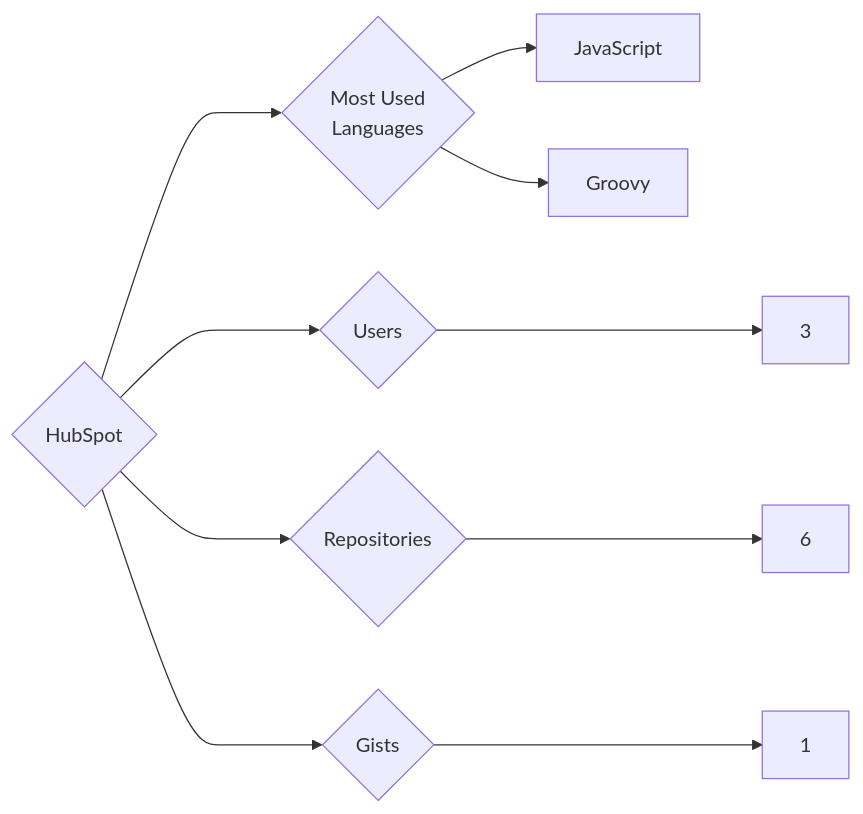
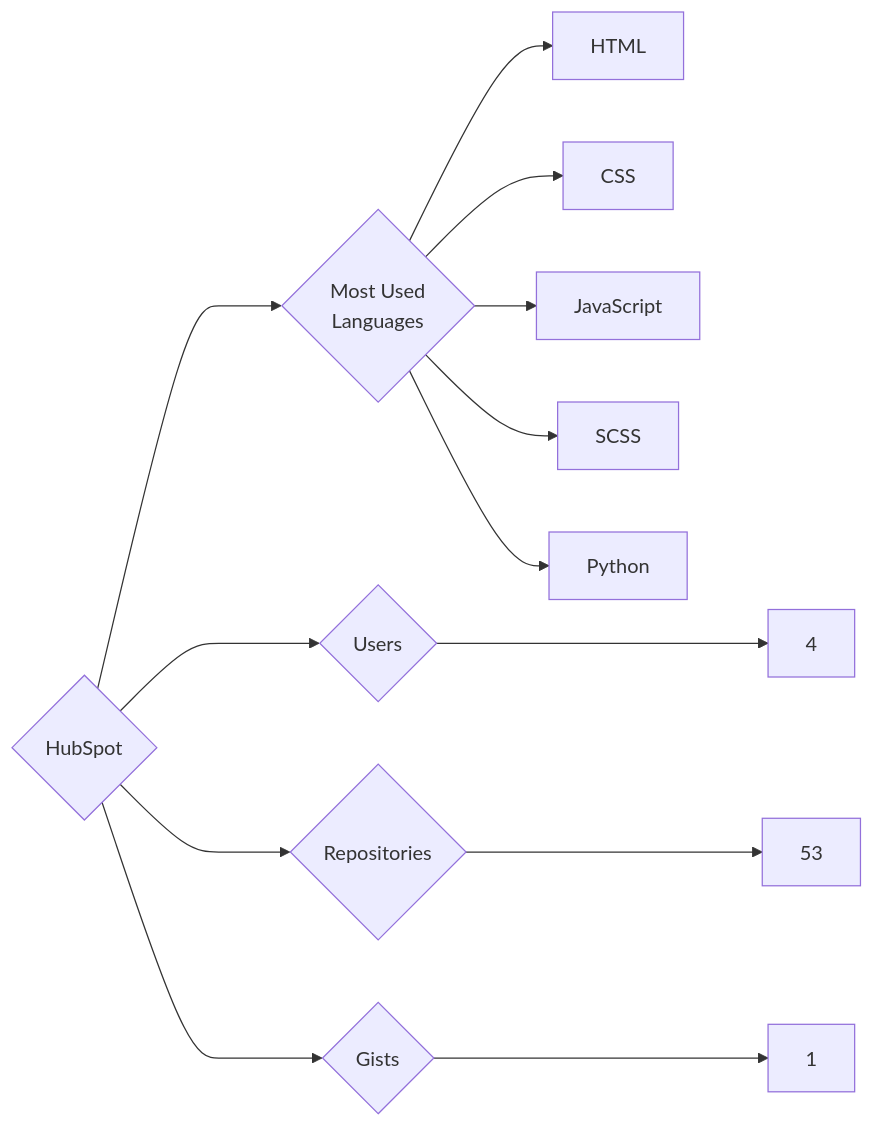
One commit to trickest/insiders changed the diagram in targets/HubSpot/README.md. Above: the diagram before and after it, drawn with Mermaid. The commit also changed 815 other files, not shown here.

````diff
--- a/targets/HubSpot/README.md
+++ b/targets/HubSpot/README.md
@@ -3,10 +3,13 @@
 ```mermaid
 graph LR
 COMPANY_NAME{HubSpot}
-COMPANY_NAME ---> U{Users} ---> UN[3]
-COMPANY_NAME ---> R{Repositories} ---> RN[6]
+COMPANY_NAME ---> U{Users} ---> UN[4]
+COMPANY_NAME ---> R{Repositories} ---> RN[53]
 COMPANY_NAME ---> G{Gists} ---> GN[1]
 COMPANY_NAME ---> ML{Most Used<br>Languages}
+ML --> HTML[HTML]
+ML --> CSS[CSS]
 ML --> JavaScript[JavaScript]
-ML --> Groovy[Groovy]
+ML --> SCSS[SCSS]
+ML --> Python[Python]
 ```
````
